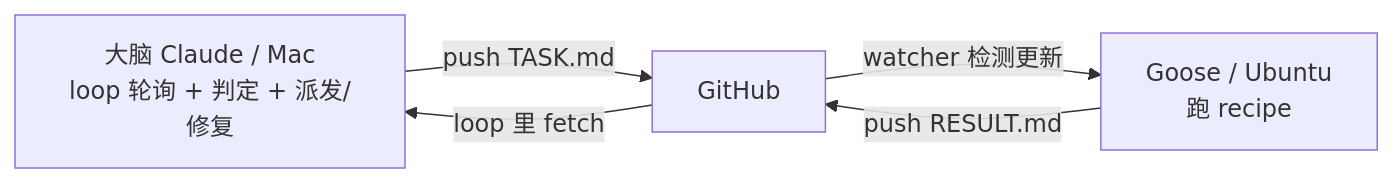
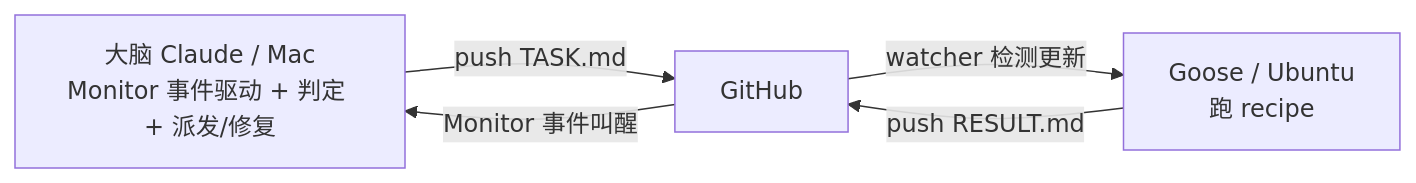
The diagram in PLAN.md (windwindwa/test_canbedeleted), drawn with Mermaid before and after one commit. The commit also changed other lines of this file and 1 other file, not shown here.

Commit message:
test: 四节点泡测 — 扩 PLAN 至节点3/4,重置 TASK 为节点1

````diff
--- a/PLAN.md
+++ b/PLAN.md
@@ -7,7 +9,7 @@
 ```mermaid
 graph LR
-    B[大脑 Claude / Mac<br/>loop 轮询 + 判定 + 派发/修复] -- push TASK.md --> H[GitHub]
+    B[大脑 Claude / Mac<br/>Monitor 事件驱动 + 判定 + 派发/修复] -- push TASK.md --> H[GitHub]
     H -- watcher 检测更新 --> G[Goose / Ubuntu<br/>跑 recipe]
     G -- push RESULT.md --> H
-    H -- loop 里 fetch --> B
+    H -- Monitor 事件叫醒 --> B
 ```
````
